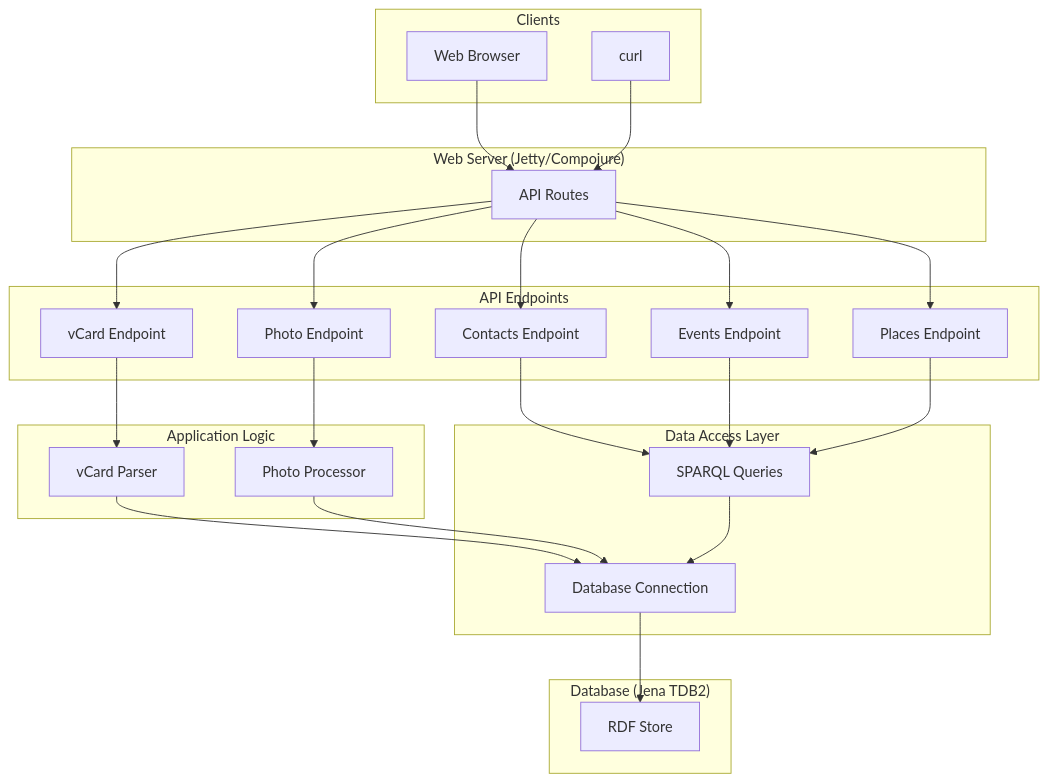
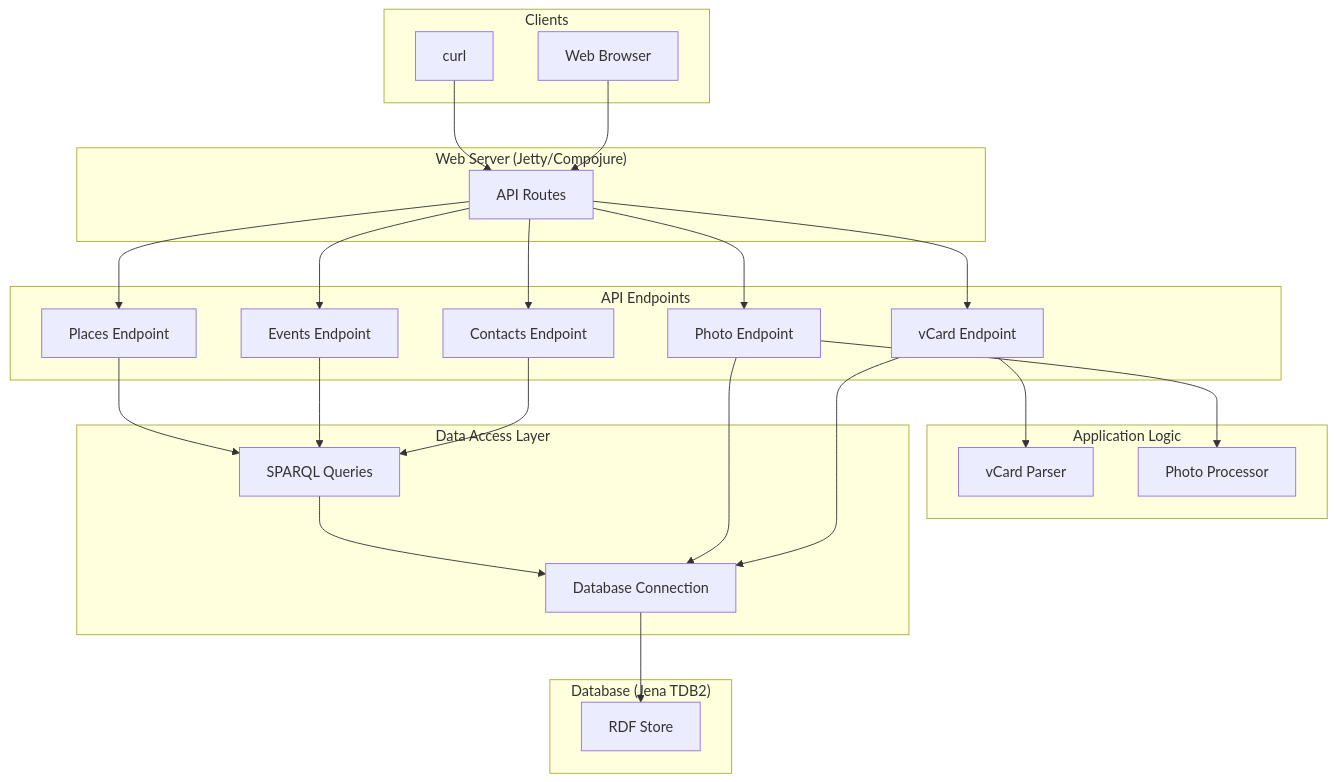
Before and after one commit to bmordue/redweed: the diagram in rwclj/doc/ARCHITECTURAL_IMPROVEMENTS.md, drawn with Mermaid.

````diff
--- a/rwclj/doc/ARCHITECTURAL_IMPROVEMENTS.md
+++ b/rwclj/doc/ARCHITECTURAL_IMPROVEMENTS.md
@@ -18,50 +18,50 @@
 ```mermaid
 graph TD
     subgraph "Clients"
         A[Web Browser]
         B[curl]
     end
 
     subgraph "Web Server (Jetty/Compojure)"
         C[API Routes]
     end
 
     subgraph "API Endpoints"
         D[Contacts Endpoint]
         E[Events Endpoint]
         F[Places Endpoint]
         G[vCard Endpoint]
         H[Photo Endpoint]
     end
 
     subgraph "Application Logic"
         I[vCard Parser]
         J[Photo Processor]
     end
 
     subgraph "Data Access Layer"
         K[SPARQL Queries]
         L[Database Connection]
     end
 
     subgraph "Database (Jena TDB2)"
         M[RDF Store]
     end
 
     A --> C
     B --> C
     C --> D
     C --> E
     C --> F
     C --> G
     C --> H
     D --> K
     E --> K
     F --> K
     G --> I
     H --> J
-    I --> L
-    J --> L
+    G --> L
+    H --> L
     K --> L
     L --> M
 ```
````
